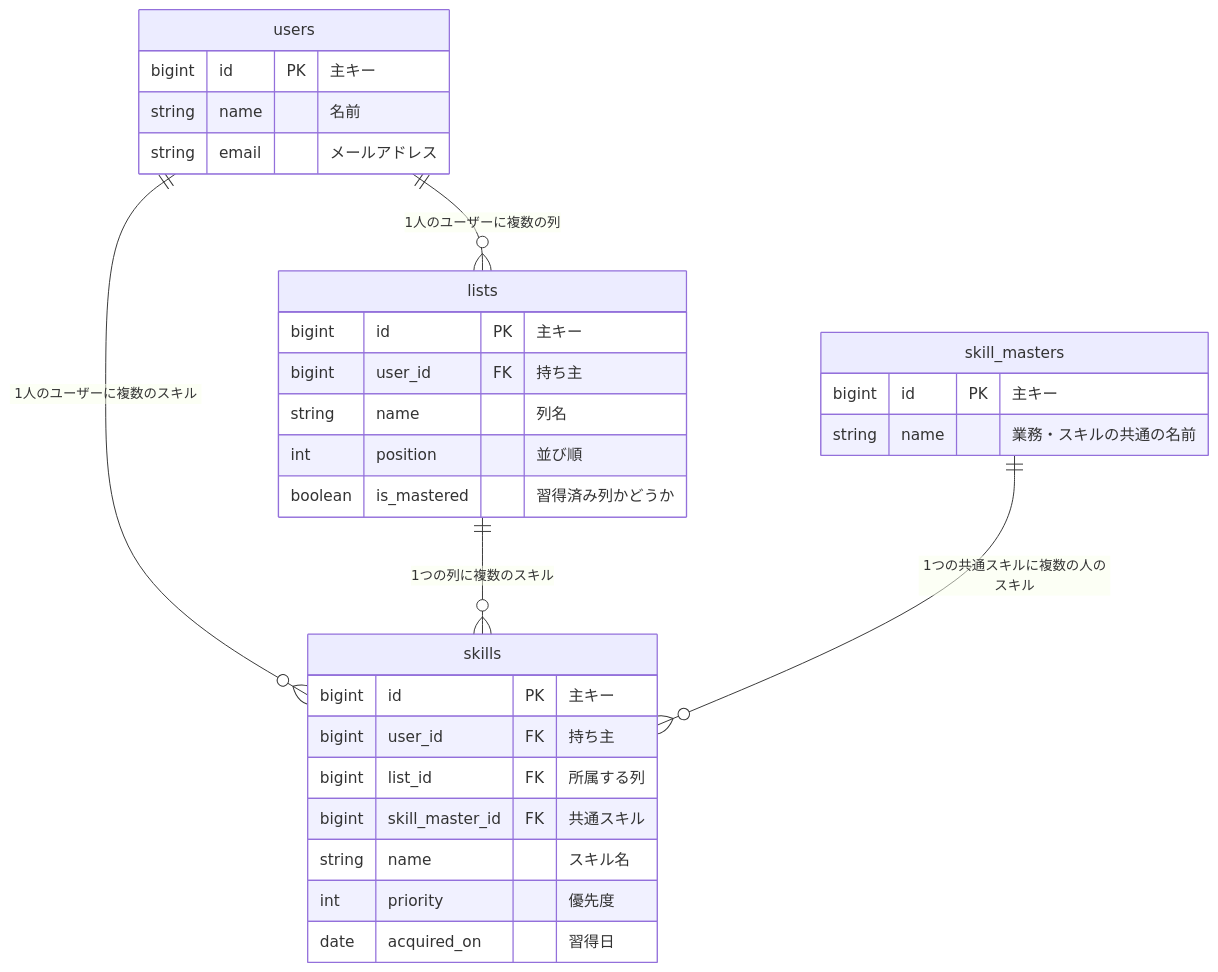
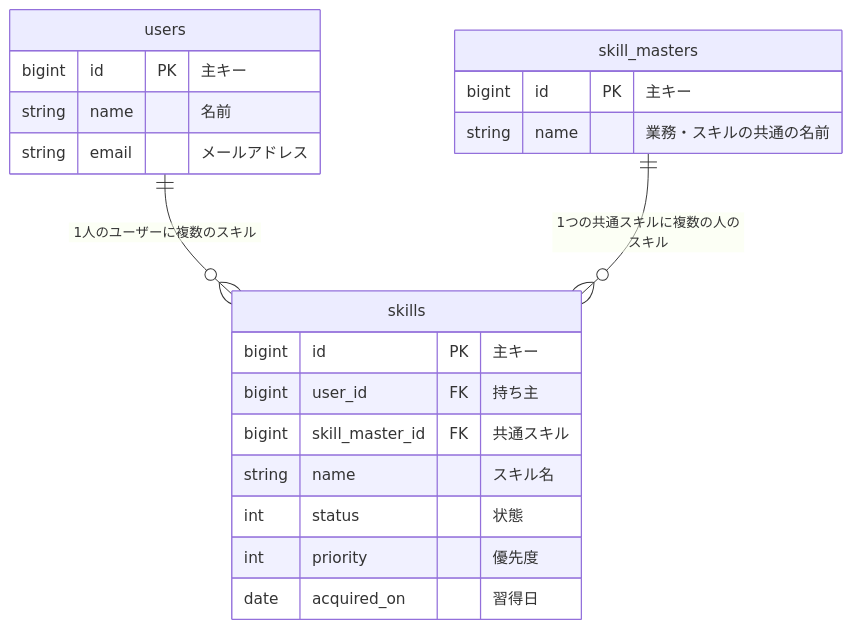
One commit to takeuchikoutagg/skill-map changed the second of 2 diagrams in docs/05-ER図.md. Above: the diagram before and after it, drawn with Mermaid. The commit also changed other lines of this file and 6 other files, not shown here.

````diff
--- a/docs/05-ER図.md
+++ b/docs/05-ER図.md
@@ -108,33 +82,24 @@
 ```mermaid
 erDiagram
-    users ||--o{ lists : "1人のユーザーに複数の列"
     users ||--o{ skills : "1人のユーザーに複数のスキル"
-    lists ||--o{ skills : "1つの列に複数のスキル"
     skill_masters ||--o{ skills : "1つの共通スキルに複数の人のスキル"
 
     users {
         bigint id PK "主キー"
         string name "名前"
         string email "メールアドレス"
     }
     skill_masters {
         bigint id PK "主キー"
         string name "業務・スキルの共通の名前"
     }
-    lists {
-        bigint id PK "主キー"
-        bigint user_id FK "持ち主"
-        string name "列名"
-        int position "並び順"
-        boolean is_mastered "習得済み列かどうか"
-    }
     skills {
         bigint id PK "主キー"
         bigint user_id FK "持ち主"
-        bigint list_id FK "所属する列"
         bigint skill_master_id FK "共通スキル"
         string name "スキル名"
+        int status "状態"
         int priority "優先度"
         date acquired_on "習得日"
     }
 ```
````
